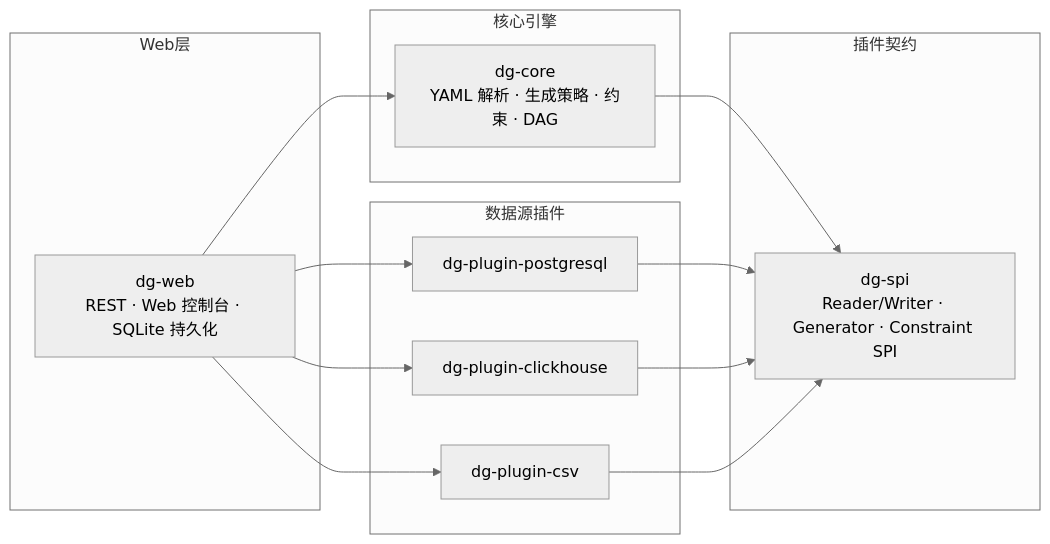
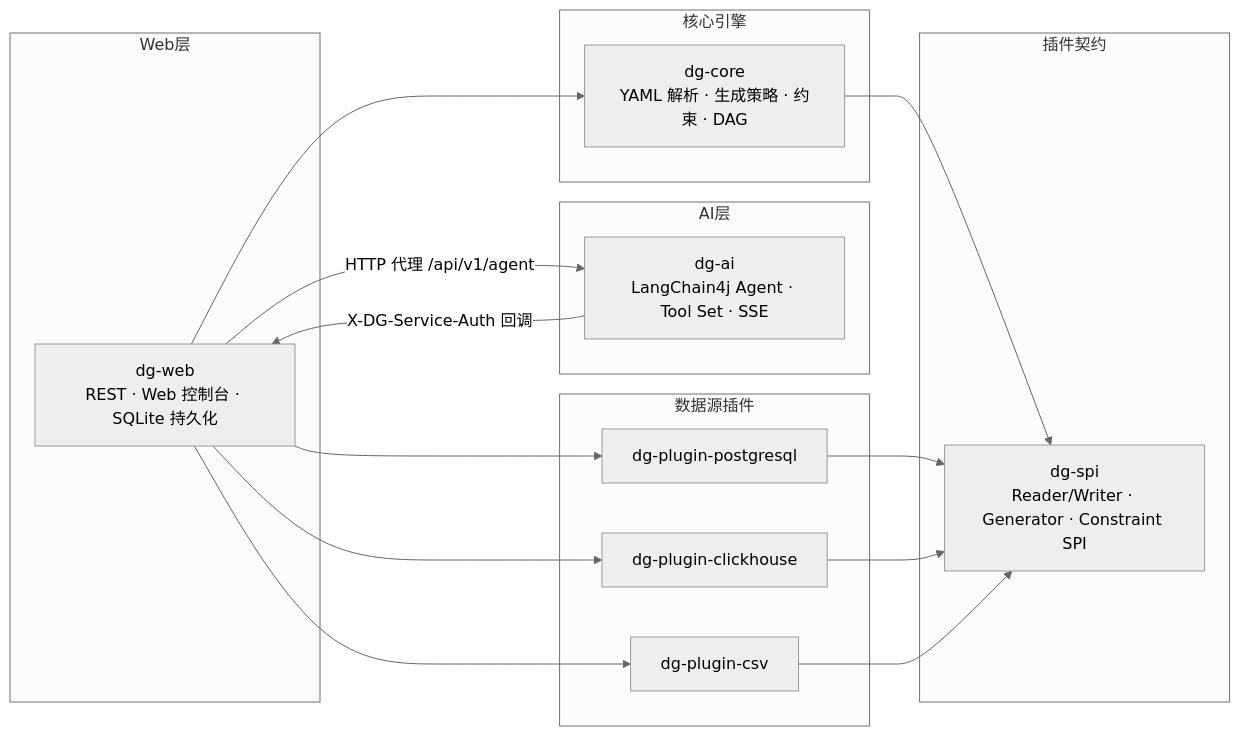
The first of 2 diagrams in README.md (sleetzxy/data-generator), drawn with Mermaid (neutral theme) before and after one commit. The commit also changed other lines of this file and 35 other files, not shown here.

````diff
--- a/README.md
+++ b/README.md
@@ -26,29 +27,35 @@
 ```mermaid
 graph LR
     subgraph Web层
         web["dg-web<br/>REST · Web 控制台 · SQLite 持久化"]
+    end
+
+    subgraph AI层
+        ai["dg-ai<br/>LangChain4j Agent · Tool Set · SSE"]
     end
 
     subgraph 核心引擎
         core["dg-core<br/>YAML 解析 · 生成策略 · 约束 · DAG"]
     end
 
     subgraph 插件契约
         spi["dg-spi<br/>Reader/Writer · Generator · Constraint SPI"]
     end
 
     subgraph 数据源插件
         pg["dg-plugin-postgresql"]
         ch["dg-plugin-clickhouse"]
         csv["dg-plugin-csv"]
     end
 
+    web -->|HTTP 代理 /api/v1/agent| ai
+    ai -->|X-DG-Service-Auth 回调| web
     web --> core
     web --> pg
     web --> ch
     web --> csv
     core --> spi
     pg --> spi
     ch --> spi
     csv --> spi
 ```
````
